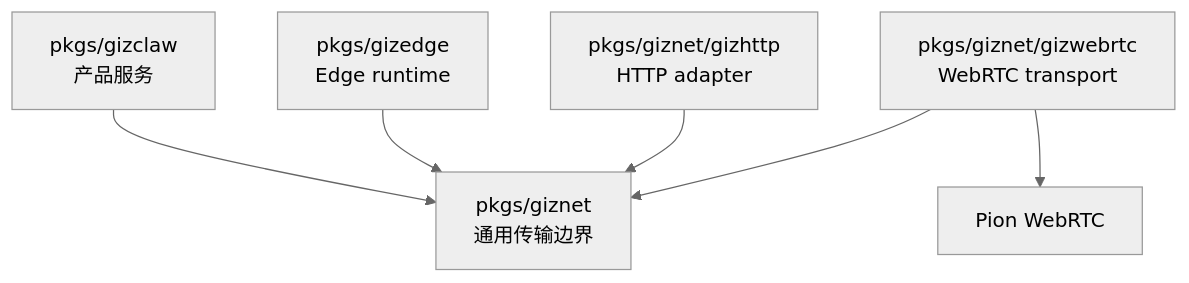
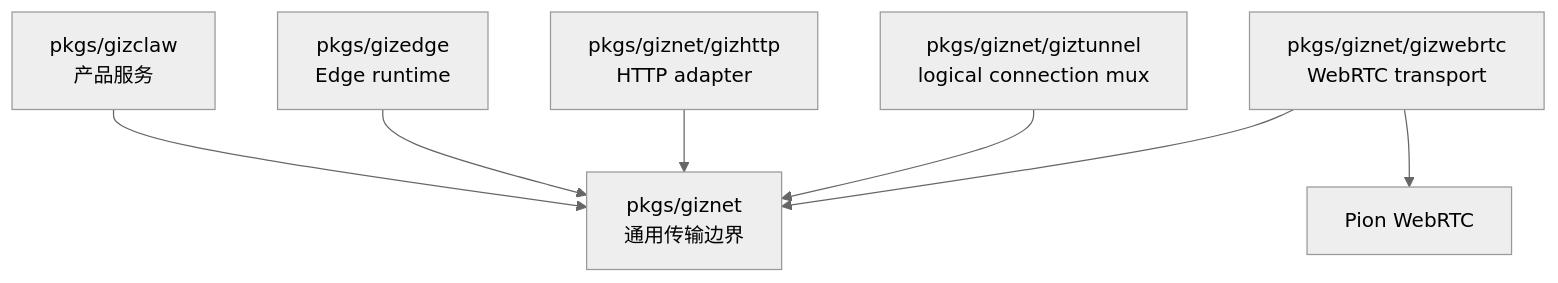
Before and after one commit to GizClaw/gizclaw: the diagram in guides/zh/developing/giznet.md, drawn with Mermaid (neutral theme). The commit also changed other lines of this file and 52 other files, not shown here.

````diff
--- a/guides/zh/developing/giznet.md
+++ b/guides/zh/developing/giznet.md
@@ -47,8 +56,9 @@
 ```mermaid
 flowchart TB
     GizClaw["pkgs/gizclaw<br/>产品服务"] --> Giznet["pkgs/giznet<br/>通用传输边界"]
     GizEdge["pkgs/gizedge<br/>Edge runtime"] --> Giznet
     GizHTTP["pkgs/giznet/gizhttp<br/>HTTP adapter"] --> Giznet
+    GizTunnel["pkgs/giznet/giztunnel<br/>logical connection mux"] --> Giznet
     GizWebRTC["pkgs/giznet/gizwebrtc<br/>WebRTC transport"] --> Giznet
     GizWebRTC --> WebRTC["Pion WebRTC"]
 ```
````
